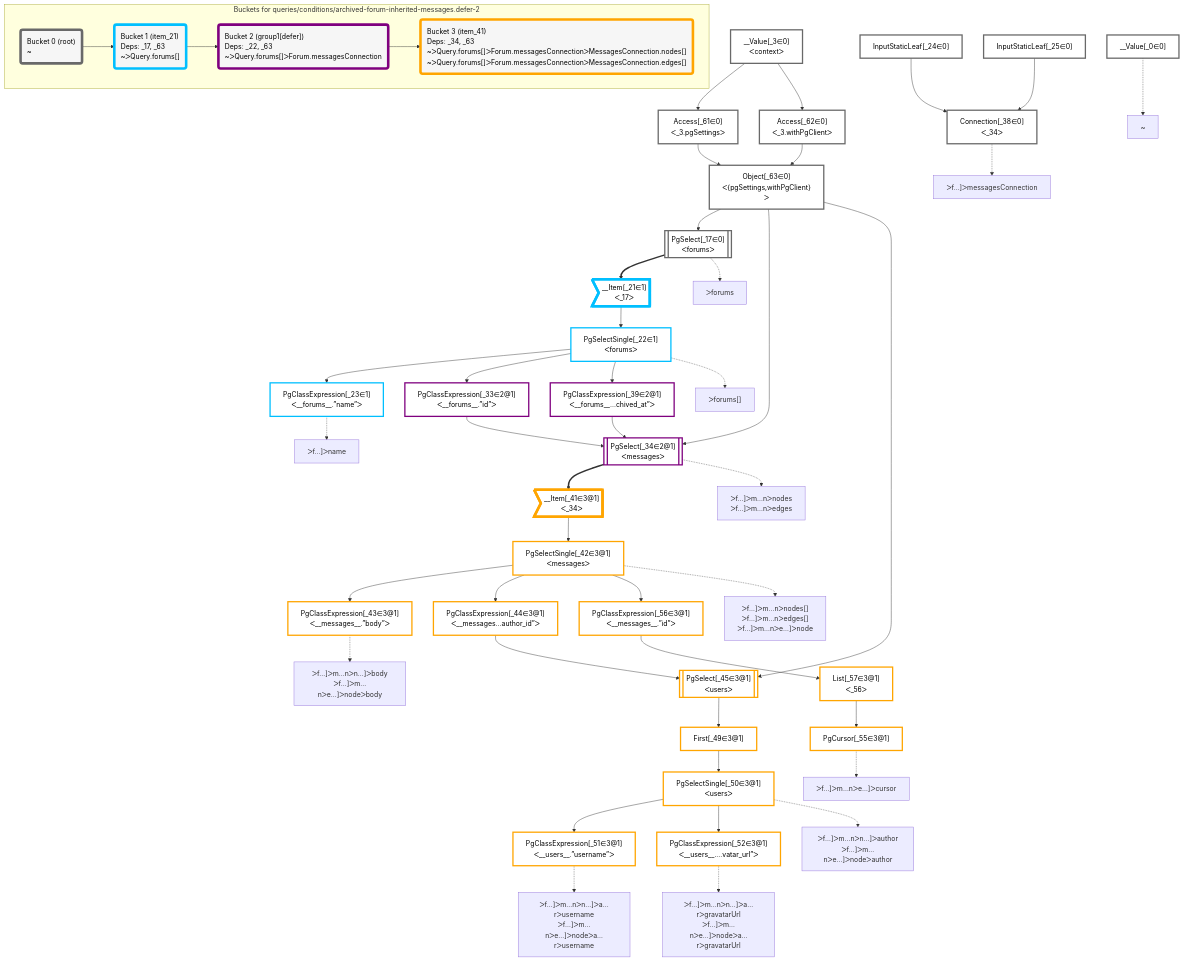
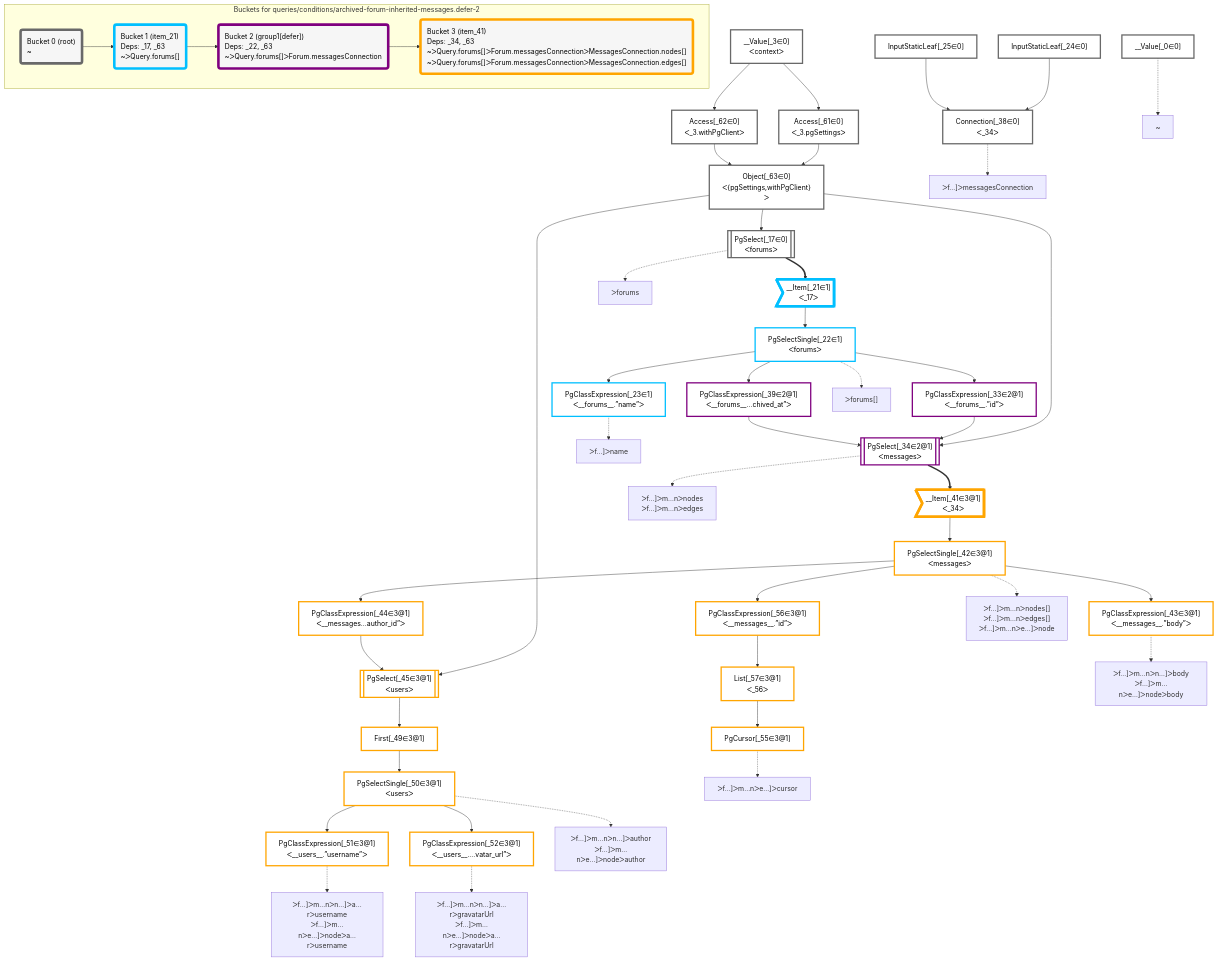
The diagram in packages/dataplan-pg/__tests__/queries/conditions/archived-forum-inherited-messages.defer-2.deopt.mermaid.md (graphile/crystal), drawn with Mermaid before and after one commit. The commit also changed other lines of this file and 195 other files, not shown here.

```diff
--- a/packages/dataplan-pg/__tests__/queries/conditions/archived-forum-inherited-messages.defer-2.deopt.mermaid.md
+++ b/packages/dataplan-pg/__tests__/queries/conditions/archived-forum-inherited-messages.defer-2.deopt.mermaid.md
@@ -9,57 +9,57 @@
 
     %% define plans
     __Value_0["__Value[_0∈0]"]:::plan
+    PgClassExpression_23["PgClassExpression[_23∈1]<br />ᐸ__forums__.”name”ᐳ"]:::plan
+    PgClassExpression_43["PgClassExpression[_43∈3@1]<br />ᐸ__messages__.”body”ᐳ"]:::plan
+    PgClassExpression_51["PgClassExpression[_51∈3@1]<br />ᐸ__users__.”username”ᐳ"]:::plan
+    PgClassExpression_52["PgClassExpression[_52∈3@1]<br />ᐸ__users__....vatar_url”ᐳ"]:::plan
+    PgSelectSingle_50["PgSelectSingle[_50∈3@1]<br />ᐸusersᐳ"]:::plan
+    First_49["First[_49∈3@1]"]:::plan
+    PgSelect_45[["PgSelect[_45∈3@1]<br />ᐸusersᐳ"]]:::plan
+    PgClassExpression_44["PgClassExpression[_44∈3@1]<br />ᐸ__messages...author_id”ᐳ"]:::plan
+    PgCursor_55["PgCursor[_55∈3@1]"]:::plan
+    List_57["List[_57∈3@1]<br />ᐸ_56ᐳ"]:::plan
+    PgClassExpression_56["PgClassExpression[_56∈3@1]<br />ᐸ__messages__.”id”ᐳ"]:::plan
+    PgSelectSingle_42["PgSelectSingle[_42∈3@1]<br />ᐸmessagesᐳ"]:::plan
+    __Item_41>"__Item[_41∈3@1]<br />ᐸ_34ᐳ"]:::itemplan
+    PgSelect_34[["PgSelect[_34∈2@1]<br />ᐸmessagesᐳ"]]:::plan
+    PgClassExpression_33["PgClassExpression[_33∈2@1]<br />ᐸ__forums__.”id”ᐳ"]:::plan
+    PgClassExpression_39["PgClassExpression[_39∈2@1]<br />ᐸ__forums__...chived_at”ᐳ"]:::plan
+    PgSelectSingle_22["PgSelectSingle[_22∈1]<br />ᐸforumsᐳ"]:::plan
+    __Item_21>"__Item[_21∈1]<br />ᐸ_17ᐳ"]:::itemplan
+    PgSelect_17[["PgSelect[_17∈0]<br />ᐸforumsᐳ"]]:::plan
+    Object_63["Object[_63∈0]<br />ᐸ{pgSettings,withPgClient}ᐳ"]:::plan
+    Access_61["Access[_61∈0]<br />ᐸ_3.pgSettingsᐳ"]:::plan
+    Access_62["Access[_62∈0]<br />ᐸ_3.withPgClientᐳ"]:::plan
     __Value_3["__Value[_3∈0]<br />ᐸcontextᐳ"]:::plan
-    PgSelect_17[["PgSelect[_17∈0]<br />ᐸforumsᐳ"]]:::plan
-    __Item_21>"__Item[_21∈1]<br />ᐸ_17ᐳ"]:::itemplan
-    PgSelectSingle_22["PgSelectSingle[_22∈1]<br />ᐸforumsᐳ"]:::plan
-    PgClassExpression_23["PgClassExpression[_23∈1]<br />ᐸ__forums__.”name”ᐳ"]:::plan
+    Connection_38["Connection[_38∈0]<br />ᐸ_34ᐳ"]:::plan
     InputStaticLeaf_24["InputStaticLeaf[_24∈0]"]:::plan
     InputStaticLeaf_25["InputStaticLeaf[_25∈0]"]:::plan
-    PgClassExpression_33["PgClassExpression[_33∈2@1]<br />ᐸ__forums__.”id”ᐳ"]:::plan
-    PgSelect_34[["PgSelect[_34∈2@1]<br />ᐸmessagesᐳ"]]:::plan
-    Connection_38["Connection[_38∈0]<br />ᐸ_34ᐳ"]:::plan
-    PgClassExpression_39["PgClassExpression[_39∈2@1]<br />ᐸ__forums__...chived_at”ᐳ"]:::plan
-    __Item_41>"__Item[_41∈3@1]<br />ᐸ_34ᐳ"]:::itemplan
-    PgSelectSingle_42["PgSelectSingle[_42∈3@1]<br />ᐸmessagesᐳ"]:::plan
-    PgClassExpression_43["PgClassExpression[_43∈3@1]<br />ᐸ__messages__.”body”ᐳ"]:::plan
-    PgClassExpression_44["PgClassExpression[_44∈3@1]<br />ᐸ__messages...author_id”ᐳ"]:::plan
-    PgSelect_45[["PgSelect[_45∈3@1]<br />ᐸusersᐳ"]]:::plan
-    First_49["First[_49∈3@1]"]:::plan
-    PgSelectSingle_50["PgSelectSingle[_50∈3@1]<br />ᐸusersᐳ"]:::plan
-    PgClassExpression_51["PgClassExpression[_51∈3@1]<br />ᐸ__users__.”username”ᐳ"]:::plan
-    PgClassExpression_52["PgClassExpression[_52∈3@1]<br />ᐸ__users__....vatar_url”ᐳ"]:::plan
-    PgCursor_55["PgCursor[_55∈3@1]"]:::plan
-    PgClassExpression_56["PgClassExpression[_56∈3@1]<br />ᐸ__messages__.”id”ᐳ"]:::plan
-    List_57["List[_57∈3@1]<br />ᐸ_56ᐳ"]:::plan
-    Access_61["Access[_61∈0]<br />ᐸ_3.pgSettingsᐳ"]:::plan
-    Access_62["Access[_62∈0]<br />ᐸ_3.withPgClientᐳ"]:::plan
-    Object_63["Object[_63∈0]<br />ᐸ{pgSettings,withPgClient}ᐳ"]:::plan
 
     %% plan dependencies
-    Object_63 --> PgSelect_17
-    PgSelect_17 ==> __Item_21
-    __Item_21 --> PgSelectSingle_22
     PgSelectSingle_22 --> PgClassExpression_23
-    PgSelectSingle_22 --> PgClassExpression_33
-    Object_63 & PgClassExpression_33 & PgClassExpression_39 --> PgSelect_34
-    InputStaticLeaf_24 & InputStaticLeaf_25 --> Connection_38
-    PgSelectSingle_22 --> PgClassExpression_39
-    PgSelect_34 ==> __Item_41
-    __Item_41 --> PgSelectSingle_42
     PgSelectSingle_42 --> PgClassExpression_43
-    PgSelectSingle_42 --> PgClassExpression_44
-    Object_63 & PgClassExpression_44 --> PgSelect_45
-    PgSelect_45 --> First_49
-    First_49 --> PgSelectSingle_50
     PgSelectSingle_50 --> PgClassExpression_51
     PgSelectSingle_50 --> PgClassExpression_52
+    First_49 --> PgSelectSingle_50
+    PgSelect_45 --> First_49
+    Object_63 & PgClassExpression_44 --> PgSelect_45
+    PgSelectSingle_42 --> PgClassExpression_44
     List_57 --> PgCursor_55
+    PgClassExpression_56 --> List_57
     PgSelectSingle_42 --> PgClassExpression_56
-    PgClassExpression_56 --> List_57
+    __Item_41 --> PgSelectSingle_42
+    PgSelect_34 ==> __Item_41
+    Object_63 & PgClassExpression_33 & PgClassExpression_39 --> PgSelect_34
+    PgSelectSingle_22 --> PgClassExpression_33
+    PgSelectSingle_22 --> PgClassExpression_39
+    __Item_21 --> PgSelectSingle_22
+    PgSelect_17 ==> __Item_21
+    Object_63 --> PgSelect_17
+    Access_61 & Access_62 --> Object_63
     __Value_3 --> Access_61
     __Value_3 --> Access_62
-    Access_61 & Access_62 --> Object_63
+    InputStaticLeaf_24 & InputStaticLeaf_25 --> Connection_38
 
     %% plan-to-path relationships
     P_0["~"]
```
